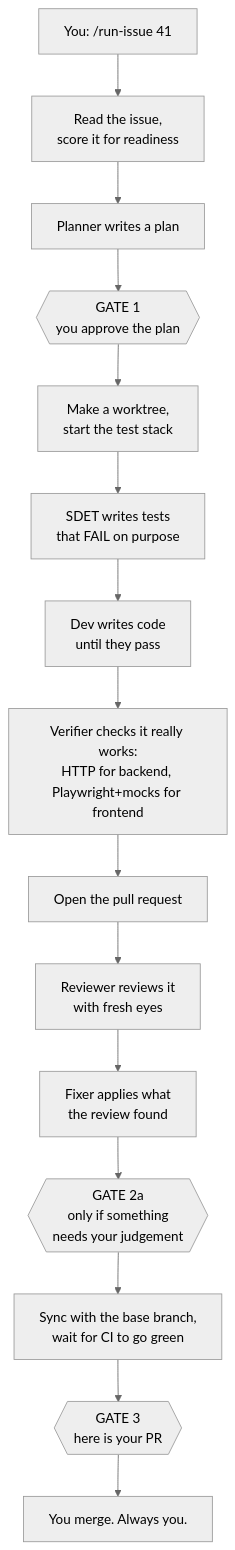
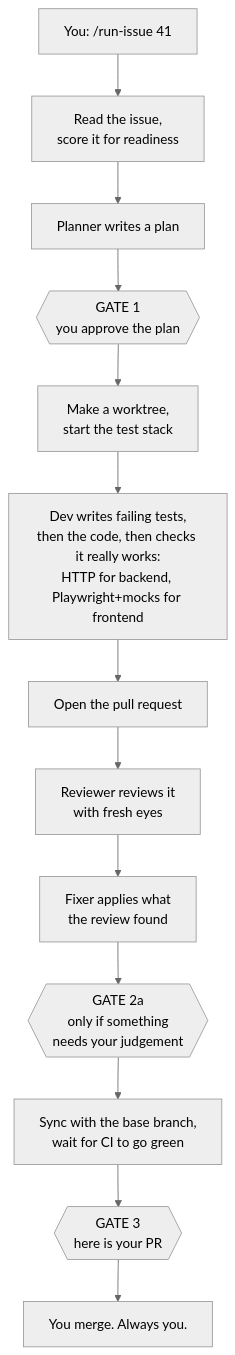
Before and after one commit to masnun-siam/ai-workflow: the first of 3 diagrams in docs/HOW-IT-WORKS.md, drawn with Mermaid (neutral theme). The commit also changed other lines of this file and 2 other files, not shown here.

````diff
--- a/docs/HOW-IT-WORKS.md
+++ b/docs/HOW-IT-WORKS.md
@@ -41,17 +41,15 @@
 ```mermaid
 flowchart TD
     A["You: /run-issue 41"] --> B["Read the issue,<br/>score it for readiness"]
     B --> C["Planner writes a plan"]
     C --> G1{{"GATE 1<br/>you approve the plan"}}
     G1 --> D["Make a worktree,<br/>start the test stack"]
-    D --> E["SDET writes tests<br/>that FAIL on purpose"]
-    E --> F["Dev writes code<br/>until they pass"]
-    F --> H["Verifier checks it really works:<br/>HTTP for backend, Playwright+mocks for frontend"]
-    H --> I["Open the pull request"]
+    D --> F["Dev writes failing tests,<br/>then the code, then checks it really works:<br/>HTTP for backend, Playwright+mocks for frontend"]
+    F --> I["Open the pull request"]
     I --> J["Reviewer reviews it<br/>with fresh eyes"]
     J --> K["Fixer applies what<br/>the review found"]
     K --> G2{{"GATE 2a<br/>only if something<br/>needs your judgement"}}
     G2 --> L["Sync with the base branch,<br/>wait for CI to go green"]
     L --> G3{{"GATE 3<br/>here is your PR"}}
     G3 --> M["You merge. Always you."]
 ```
````
